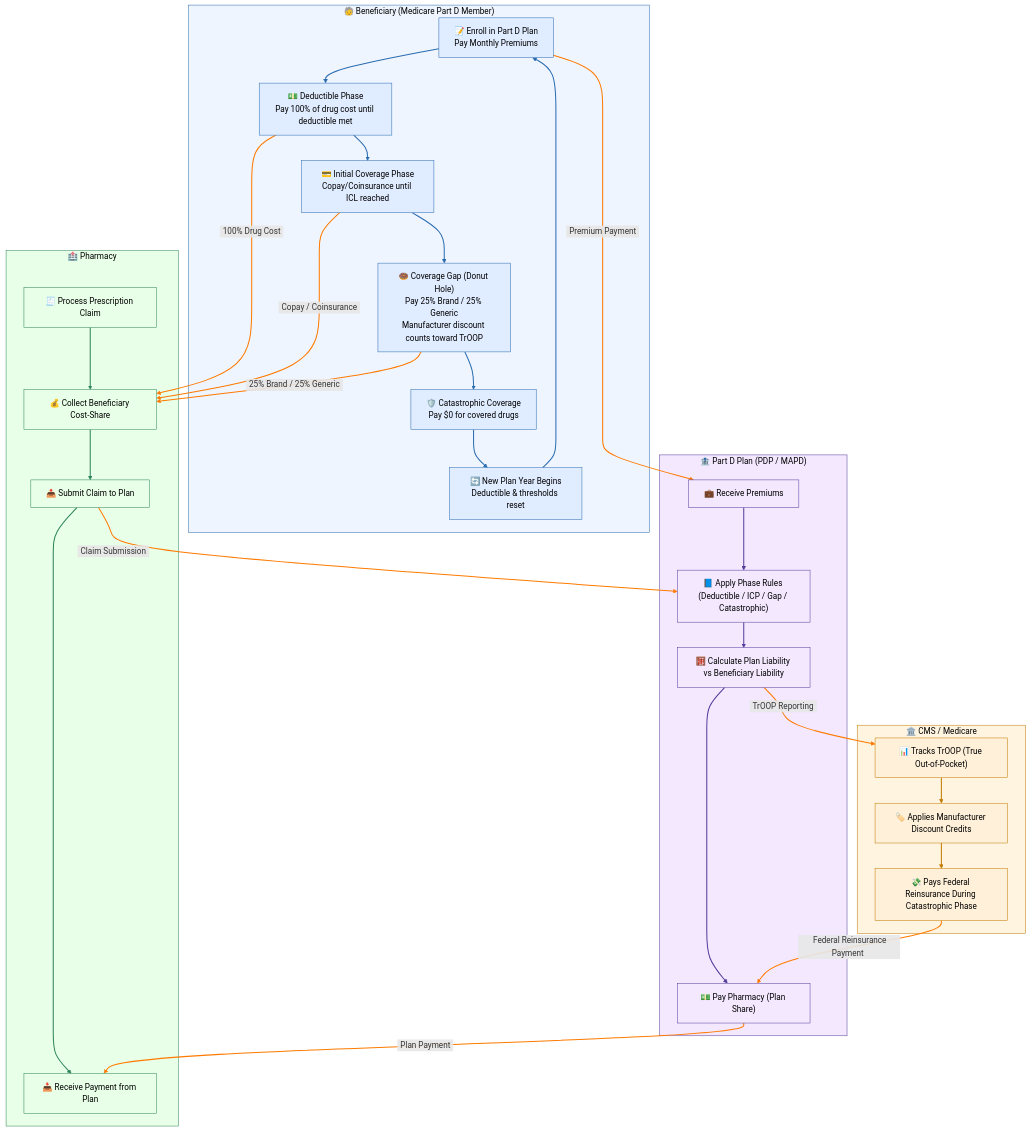
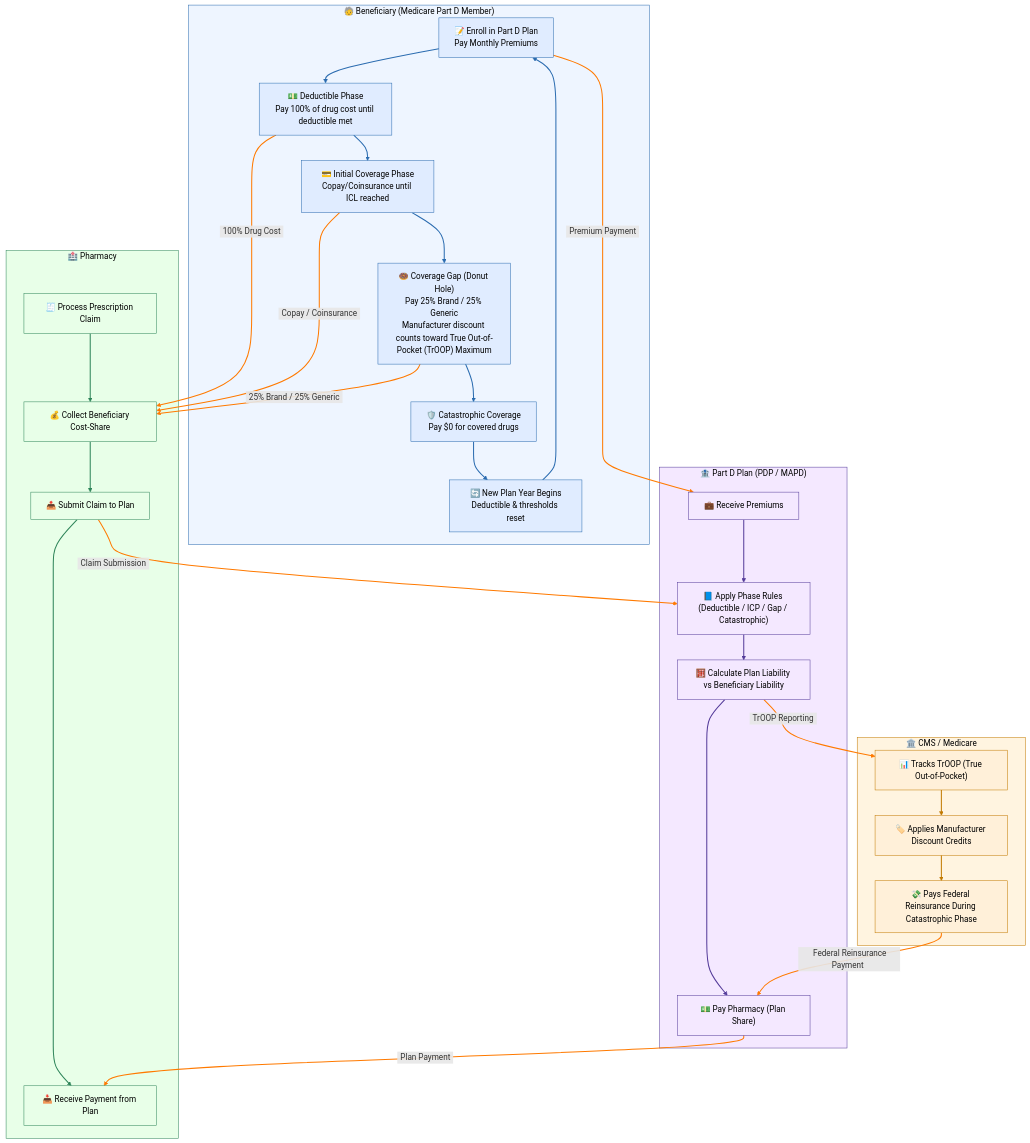
One commit to ctnava/rxtechnotes changed the diagram in ref/public_healthcare.md. Above: the diagram before and after it, drawn with Mermaid.

```diff
--- a/ref/public_healthcare.md
+++ b/ref/public_healthcare.md
@@ -43,7 +43,7 @@
         A["📝 Enroll in Part D Plan</br>Pay Monthly Premiums"]
         DED["💵 Deductible Phase</br>Pay 100% of drug cost until deductible met"]
         ICP["💳 Initial Coverage Phase</br>Copay/Coinsurance until ICL reached"]
-        GAP["🍩 Coverage Gap (Donut Hole)</br>Pay 25% Brand / 25% Generic</br>Manufacturer discount counts toward TrOOP"]
+        GAP["🍩 Coverage Gap (Donut Hole)</br>Pay 25% Brand / 25% Generic</br>Manufacturer discount counts toward True Out-of-Pocket (TrOOP) Maximum"]
         CATA["🛡️ Catastrophic Coverage</br>Pay $0 for covered drugs"]
         RESET["🔄 New Plan Year Begins</br>Deductible & thresholds reset"]
     end
```
